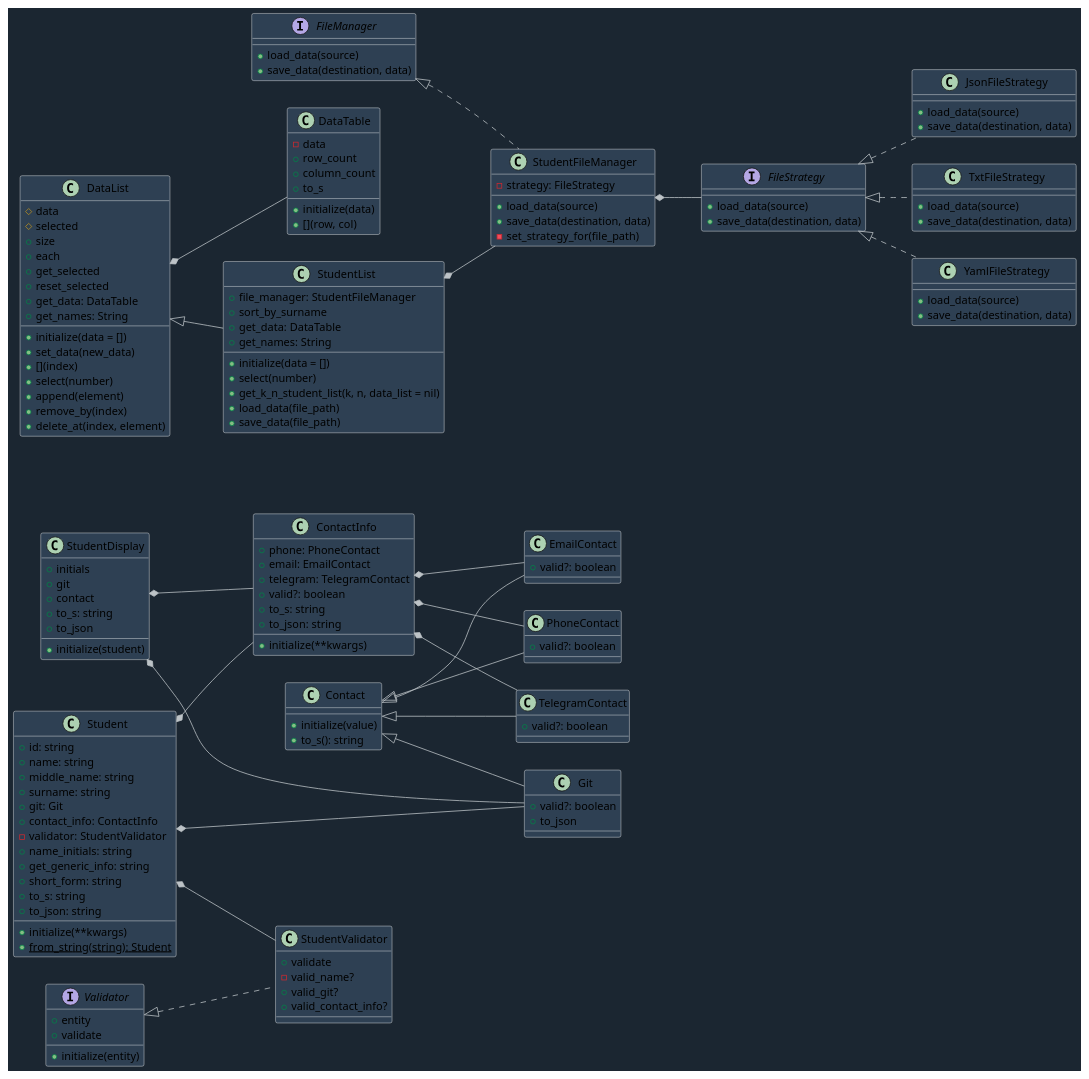
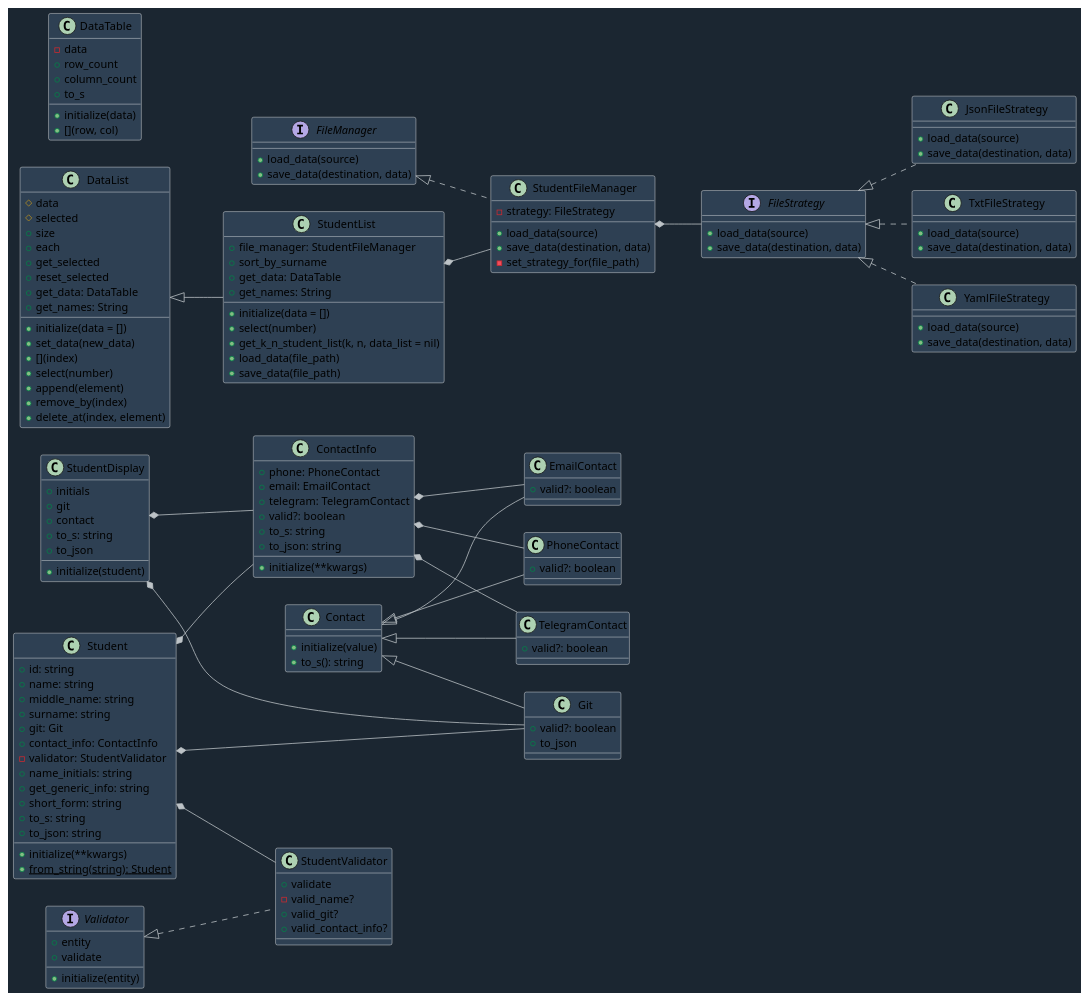
Before and after one commit to SnowLukin/Pattern_Class: the diagram in Labs/diagram_builder.puml, drawn with PlantUML. The commit also changed 3 other files, not shown here.

Commit message:
Fixed mistake in diagram (Deleted connection between DataList and DataTable).

```diff
--- a/Labs/diagram_builder.puml
+++ b/Labs/diagram_builder.puml
@@ -1,164 +1,163 @@
 @startuml
 
 left to right direction
 skinparam backgroundColor #1B2631
 skinparam class {
   BackgroundColor #2E4053
   BorderColor #1111111
   ArrowColor #BDC3C7
 }
 
 class Contact {
     + initialize(value)
     + to_s(): string
 }
 
 class EmailContact extends Contact {
     + valid?: boolean
 }
 
 class PhoneContact extends Contact {
     + valid?: boolean
 }
 
 class TelegramContact extends Contact {
     + valid?: boolean
 }
 
 class Git extends Contact {
     + valid?: boolean
     + to_json
 }
 
 class ContactInfo {
     + phone: PhoneContact
     + email: EmailContact
     + telegram: TelegramContact
     + initialize(**kwargs)
     + valid?: boolean
     + to_s: string
     + to_json: string
 }
 
 class Student {
     + id: string
     + name: string
     + middle_name: string
     + surname: string
     + git: Git
     + contact_info: ContactInfo
     - validator: StudentValidator
     + initialize(**kwargs)
     + name_initials: string
     + get_generic_info: string
     + short_form: string
     + to_s: string
     + to_json: string
     + {static} from_string(string): Student
 }
 
 class StudentDisplay {
     + initials
     + git
     + contact
     + initialize(student)
     + to_s: string
     + to_json
 }
 
 interface Validator {
     + entity
     + initialize(entity)
     + validate
 }
 
 class StudentValidator implements Validator {
     + validate
     - valid_name?
     + valid_git?
     + valid_contact_info?
 }
 
 interface FileManager {
     + load_data(source)
     + save_data(destination, data)
 }
 
 class StudentFileManager implements FileManager {
     - strategy: FileStrategy
     + load_data(source)
     + save_data(destination, data)
     - set_strategy_for(file_path)
 }
 
 interface FileStrategy {
     + load_data(source)
     + save_data(destination, data)
 }
 
 class JsonFileStrategy implements FileStrategy {
     + load_data(source)
     + save_data(destination, data)
 }
 
 class TxtFileStrategy implements FileStrategy {
     + load_data(source)
     + save_data(destination, data)
 }
 
 class YamlFileStrategy implements FileStrategy {
     + load_data(source)
     + save_data(destination, data)
 }
 
 class DataTable {
     - data
     + initialize(data)
     + [](row, col)
     + row_count
     + column_count
     + to_s
 }
 
 class DataList {
     # data
     # selected
     + initialize(data = [])
     + set_data(new_data)
     + [](index)
     + size
     + each
     + select(number)
     + get_selected
     + reset_selected
     + append(element)
     + remove_by(index)
     + delete_at(index, element)
     + get_data: DataTable
     + get_names: String
 }
 
 class StudentList extends DataList {
     + file_manager: StudentFileManager
     + initialize(data = [])
     + select(number)
     + sort_by_surname
     + get_k_n_student_list(k, n, data_list = nil)
     + load_data(file_path)
     + save_data(file_path)
     + get_data: DataTable
     + get_names: String
 }
 
 ContactInfo *-- PhoneContact
 ContactInfo *-- EmailContact
 ContactInfo *-- TelegramContact
 Student *-- ContactInfo
 Student *-- Git
 Student *-- StudentValidator
-DataList *-- DataTable
 StudentList *-- StudentFileManager
 StudentFileManager *-- FileStrategy
 StudentDisplay *-- Git
 StudentDisplay *-- ContactInfo
 @enduml
```
